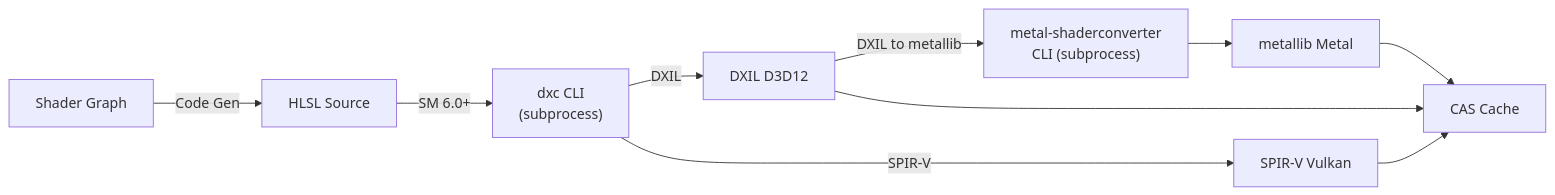
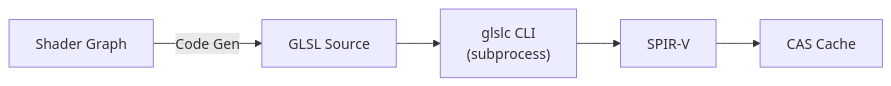
One commit to harmonius-dev/harmonius changed the second of 7 diagrams in docs/design/content-pipeline/asset-processing.md. Above: the diagram before and after it, drawn with Mermaid. The commit also changed other lines of this file and 128 other files, not shown here.

First line of the commit message:
docs: standardize on Vulkan backend and GLSL shaders

````diff
--- a/docs/design/content-pipeline/asset-processing.md
+++ b/docs/design/content-pipeline/asset-processing.md
@@ -225,21 +223,13 @@
 ```mermaid
 flowchart LR
     SG["Shader Graph"]
-    HLSL["HLSL Source"]
-    DXC_D["dxc CLI\n(subprocess)"]
-    DXIL["DXIL D3D12"]
-    SPIRV["SPIR-V Vulkan"]
-    MSC["metal-shaderconverter\nCLI (subprocess)"]
-    MSL["metallib Metal"]
+    GLSL["GLSL Source"]
+    glslc["glslc CLI\n(subprocess)"]
+    SPIRV["SPIR-V"]
     CACHE["CAS Cache"]
 
-    SG -->|Code Gen| HLSL
-    HLSL -->|SM 6.0+| DXC_D
-    DXC_D -->|DXIL| DXIL
-    DXC_D -->|SPIR-V| SPIRV
-    DXIL -->|DXIL to metallib| MSC
-    MSC --> MSL
-    DXIL --> CACHE
+    SG -->|Code Gen| GLSL
+    GLSL --> glslc
+    glslc --> SPIRV
     SPIRV --> CACHE
-    MSL --> CACHE
 ```
````
